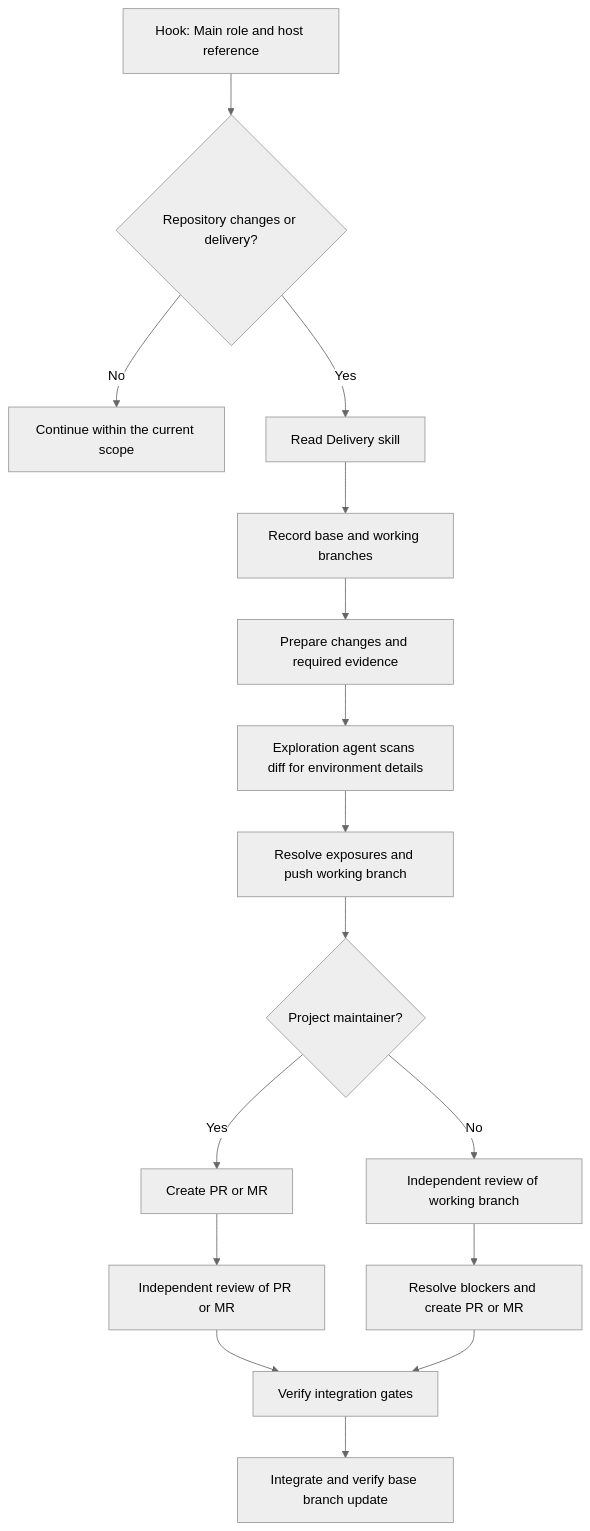
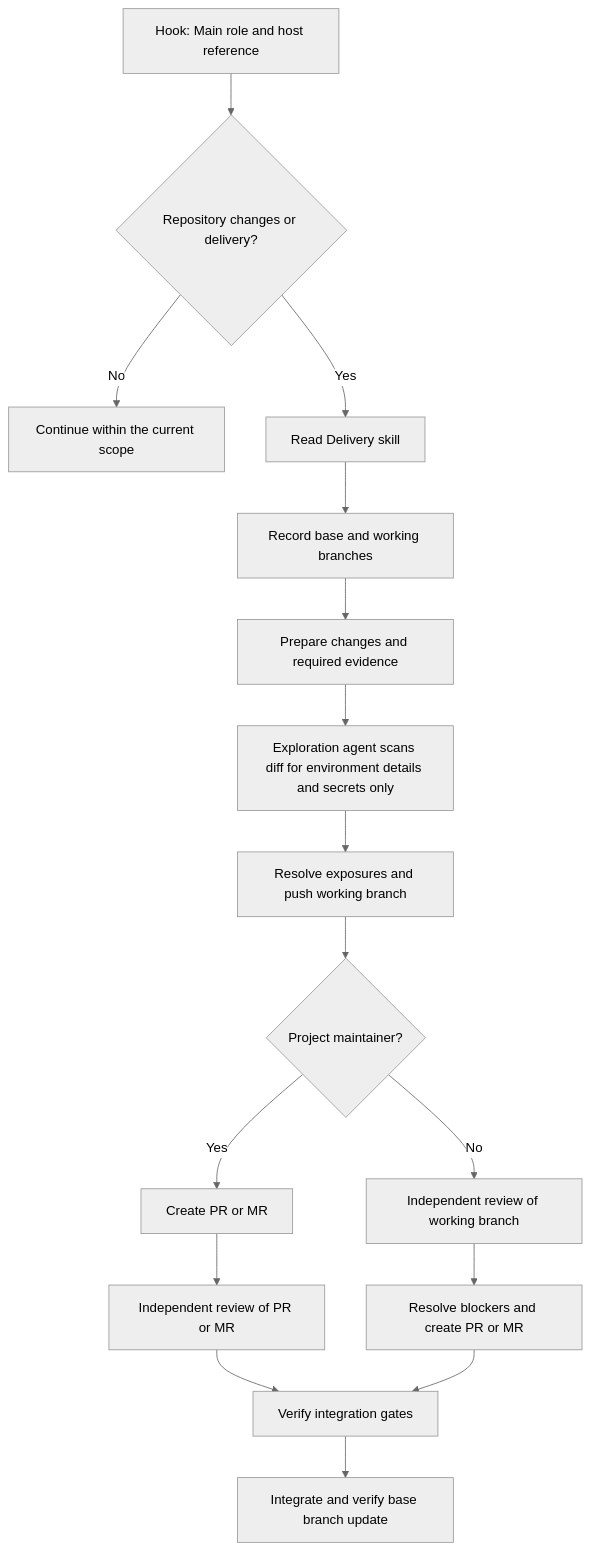
The diagram in docs/design.md (ririnto/workgraph), drawn with Mermaid (neutral theme) before and after one commit. The commit also changed other lines of this file and 5 other files, not shown here.

````diff
--- a/docs/design.md
+++ b/docs/design.md
@@ -157,18 +159,18 @@
 ```mermaid
 flowchart TD
     H[Hook: Main role and host reference] --> T{Repository changes or delivery?}
     T -->|No| S[Continue within the current scope]
     T -->|Yes| D[Read Delivery skill]
     D --> B[Record base and working branches]
     B --> C[Prepare changes and required evidence]
-    C --> E[Exploration agent scans diff for environment details]
+    C --> E[Exploration agent scans diff for environment details and secrets only]
     E --> F[Resolve exposures and push working branch]
     F --> M{Project maintainer?}
     M -->|Yes| P[Create PR or MR]
     P --> R[Independent review of PR or MR]
     M -->|No| W[Independent review of working branch]
     W --> Q[Resolve blockers and create PR or MR]
     R --> G[Verify integration gates]
     Q --> G
     G --> I[Integrate and verify base branch update]
 ```
````
